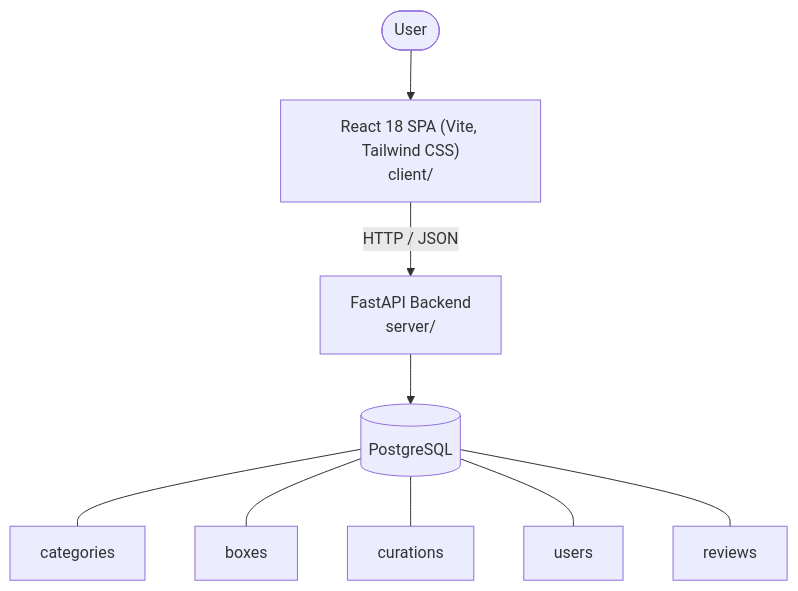
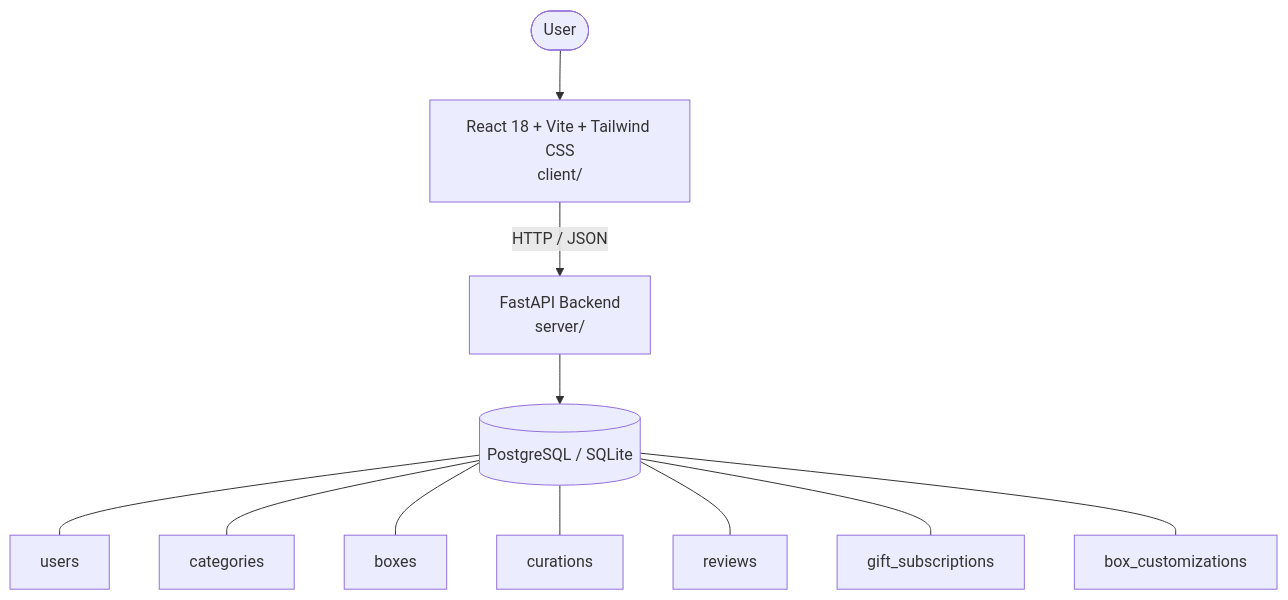
One commit to p67428378-afk/test2 changed the diagram in architecture.md. Above: the diagram before and after it, drawn with Mermaid. The commit also changed other lines of this file and 20 other files, not shown here.

Commit message:
feat(SCRUM-223): implement gift subscription and box customization endpoints

````diff
--- a/architecture.md
+++ b/architecture.md
@@ -6,15 +6,17 @@
 ```mermaid
 graph TD
   User([User])
-  UI["React 18 SPA (Vite, Tailwind CSS)<br/>client/"]
+  UI["React 18 + Vite + Tailwind CSS<br/>client/"]
   API["FastAPI Backend<br/>server/"]
-  DB[("PostgreSQL")]
+  DB[("PostgreSQL / SQLite")]
   User --> UI
   UI -->|HTTP / JSON| API
   API --> DB
+  DB --- tbl_users["users"]
   DB --- tbl_categories["categories"]
   DB --- tbl_boxes["boxes"]
   DB --- tbl_curations["curations"]
-  DB --- tbl_users["users"]
   DB --- tbl_reviews["reviews"]
+  DB --- tbl_gift_subscriptions["gift_subscriptions"]
+  DB --- tbl_box_customizations["box_customizations"]
 ```
````
